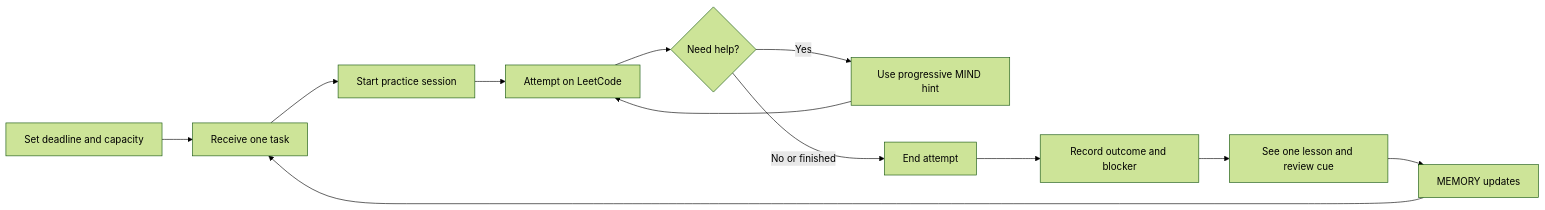
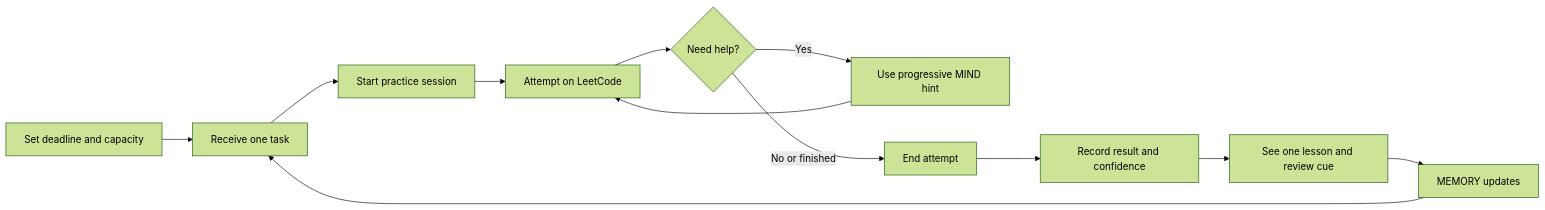
Before and after one commit to PengLin-Zilv/leetcode-coach: the diagram in VISUAL_WORKFLOW_DESIGN.md, drawn with Mermaid (forest theme). The commit also changed other lines of this file and 9 other files, not shown here.

````diff
--- a/VISUAL_WORKFLOW_DESIGN.md
+++ b/VISUAL_WORKFLOW_DESIGN.md
@@ -31,14 +31,14 @@
 ```mermaid
 flowchart LR
     A["Set deadline and capacity"] --> B["Receive one task"]
     B --> C["Start practice session"]
     C --> D["Attempt on LeetCode"]
     D --> E{"Need help?"}
     E -- "Yes" --> F["Use progressive MIND hint"]
     F --> D
     E -- "No or finished" --> G["End attempt"]
-    G --> H["Record outcome and blocker"]
+    G --> H["Record result and confidence"]
     H --> I["See one lesson and review cue"]
     I --> J["MEMORY updates"]
     J --> B
 ```
````
